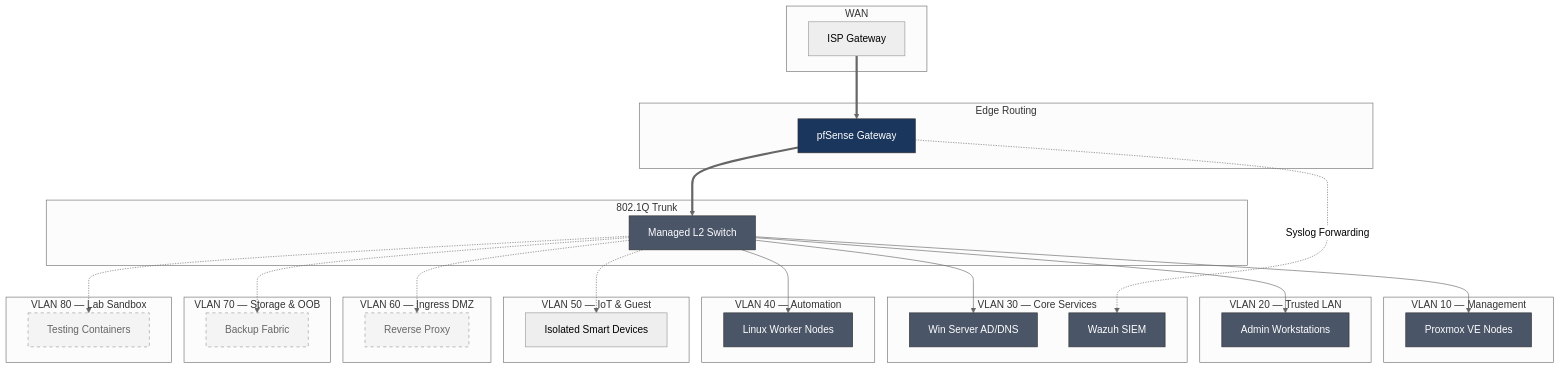
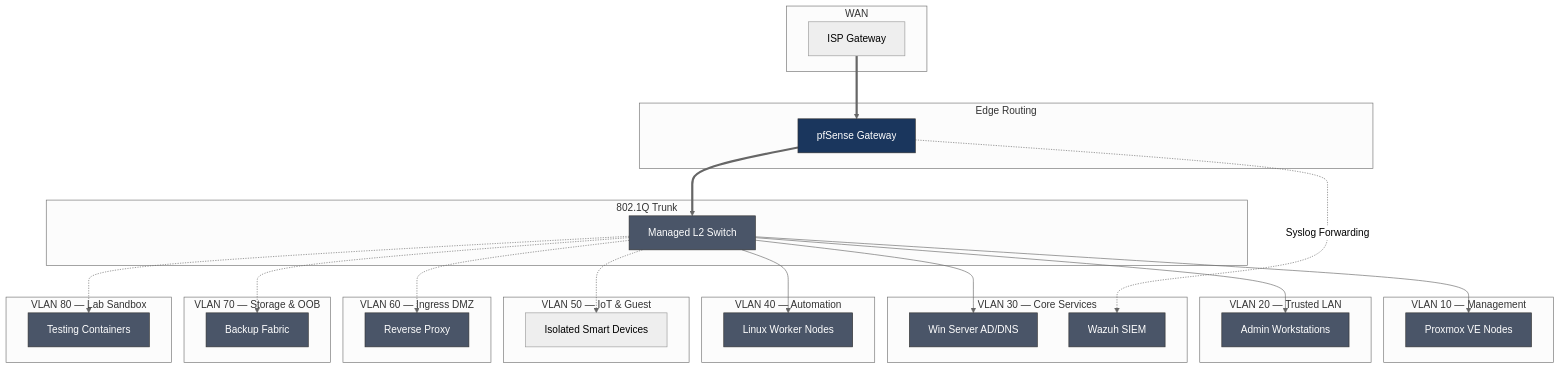
The diagram in docs/perimeter-topology.mmd (RealAngryCherub/home-enterprise-datacenter), drawn with Mermaid (neutral theme) before and after one commit. The commit also changed 2 other files, not shown here.

Commit message:
docs: finalize 8-zone architecture — remove Staged/Reserved framing, all zones operational, sync Mermaid + PDFs

```diff
--- a/docs/perimeter-topology.mmd
+++ b/docs/perimeter-topology.mmd
@@ -1,47 +1,45 @@
 flowchart TB
     subgraph WAN["WAN"]
         ISP[ISP Gateway]
     end
     subgraph Edge["Edge Routing"]
         FW[pfSense Gateway]
     end
     subgraph TRUNK["802.1Q Trunk"]
         SW[Managed L2 Switch]
     end
     subgraph VLAN10["VLAN 10 — Management"]
         PVE[Proxmox VE Nodes]
     end
     subgraph VLAN20["VLAN 20 — Trusted LAN"]
         WKS[Admin Workstations]
     end
     subgraph VLAN30["VLAN 30 — Core Services"]
         AD[Win Server AD/DNS]
         WAZUH[Wazuh SIEM]
     end
     subgraph VLAN40["VLAN 40 — Automation"]
         RNODE[Linux Worker Nodes]
     end
     subgraph VLAN50["VLAN 50 — IoT & Guest"]
         IOT[Isolated Smart Devices]
     end
     subgraph VLAN60["VLAN 60 — Ingress DMZ"]
         RPX[Reverse Proxy]
     end
     subgraph VLAN70["VLAN 70 — Storage & OOB"]
         BKUP[Backup Fabric]
     end
     subgraph VLAN80["VLAN 80 — Lab Sandbox"]
         SANDBOX[Testing Containers]
     end
 
     ISP ==> FW ==> SW
     SW --> PVE & WKS & AD & RNODE
     SW -.-> IOT & RPX & BKUP & SANDBOX
     FW -.->|Syslog Forwarding| WAZUH
 
     classDef gateway fill:#1A365D,color:#fff,stroke:#333;
     classDef compute fill:#4A5568,color:#fff,stroke:#333;
-    classDef staged fill:#f4f4f4,color:#666,stroke:#999,stroke-dasharray:5 5;
     class FW gateway;
-    class SW,PVE,AD,RNODE,WAZUH,WKS compute;
-    class RPX,BKUP,SANDBOX staged;
+    class SW,PVE,AD,RNODE,WAZUH,WKS,RPX,BKUP,SANDBOX compute;
```
